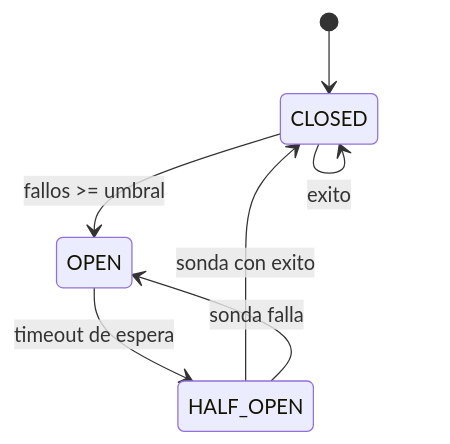
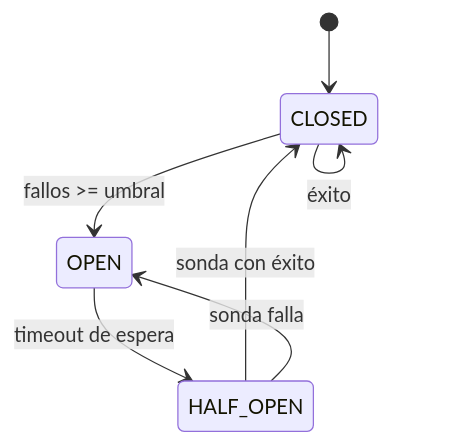
One commit to obiticadev/DAM-2025-26 changed the third of 5 diagrams in Programación/Aprendizaje autodidacta/11_APIRESTMasterclass/teoria/21_Rendimiento_Resiliencia.md. Above: the diagram before and after it, drawn with Mermaid. The commit also changed other lines of this file and 74 other files, not shown here.

````diff
--- a/Programación/Aprendizaje autodidacta/11_APIRESTMasterclass/teoria/21_Rendimiento_Resiliencia.md
+++ b/Programación/Aprendizaje autodidacta/11_APIRESTMasterclass/teoria/21_Rendimiento_Resiliencia.md
@@ -38,9 +188,9 @@
 ```mermaid
 stateDiagram-v2
     [*] --> CLOSED
     CLOSED --> OPEN: fallos >= umbral
     OPEN --> HALF_OPEN: timeout de espera
-    HALF_OPEN --> CLOSED: sonda con exito
+    HALF_OPEN --> CLOSED: sonda con éxito
     HALF_OPEN --> OPEN: sonda falla
-    CLOSED --> CLOSED: exito
+    CLOSED --> CLOSED: éxito
 ```
````
